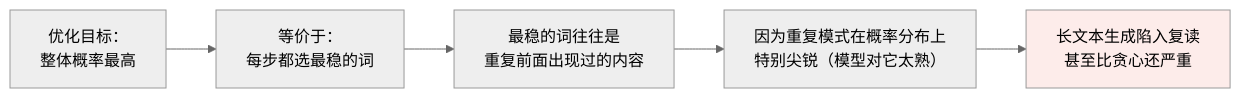
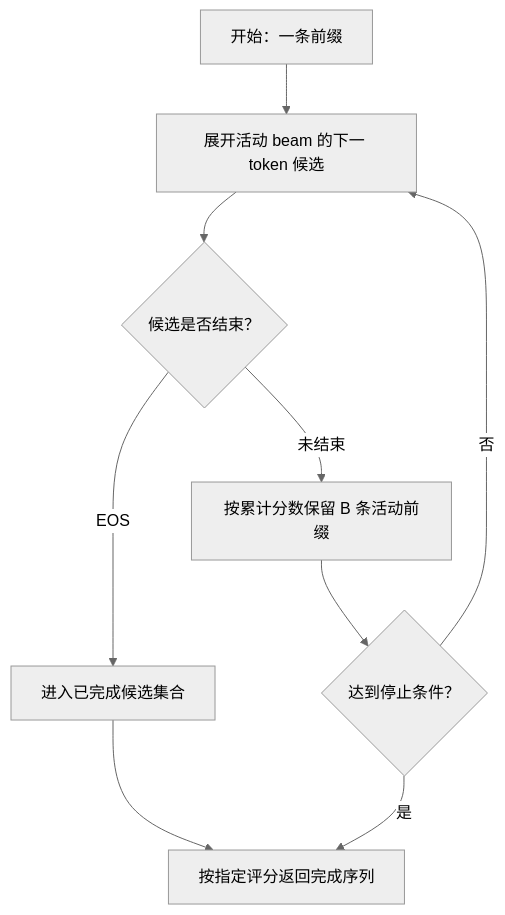
One commit to oneleaveknowsthefall/awesome-ai-roadmap changed the diagram in docs/llm/03-inference-serving/12-decoding-strategies.md. Above: the diagram before and after it, drawn with Mermaid (neutral theme). The commit also changed other lines of this file and 45 other files, not shown here.

````diff
--- a/docs/llm/03-inference-serving/12-decoding-strategies.md
+++ b/docs/llm/03-inference-serving/12-decoding-strategies.md
@@ -104,9 +65,11 @@
 ```mermaid
-flowchart LR
-    A["优化目标：<br/>整体概率最高"] --> B["等价于：<br/>每步都选最稳的词"]
-    B --> C["最稳的词往往是<br/>重复前面出现过的内容"]
-    C --> D["因为重复模式在概率分布上<br/>特别尖锐（模型对它太熟）"]
-    D --> E["长文本生成陷入复读<br/>甚至比贪心还严重"]
-
-    style E fill:#fdecea
+flowchart TB
+    S["开始：一条前缀"] --> E["展开活动 beam 的下一 token 候选"]
+    E --> EOS{"候选是否结束？"}
+    EOS -->|EOS| F["进入已完成候选集合"]
+    EOS -->|未结束| B["按累计分数保留 B 条活动前缀"]
+    B --> STOP{"达到停止条件？"}
+    STOP -->|否| E
+    STOP -->|是| R["按指定评分返回完成序列"]
+    F --> R
 ```
````
